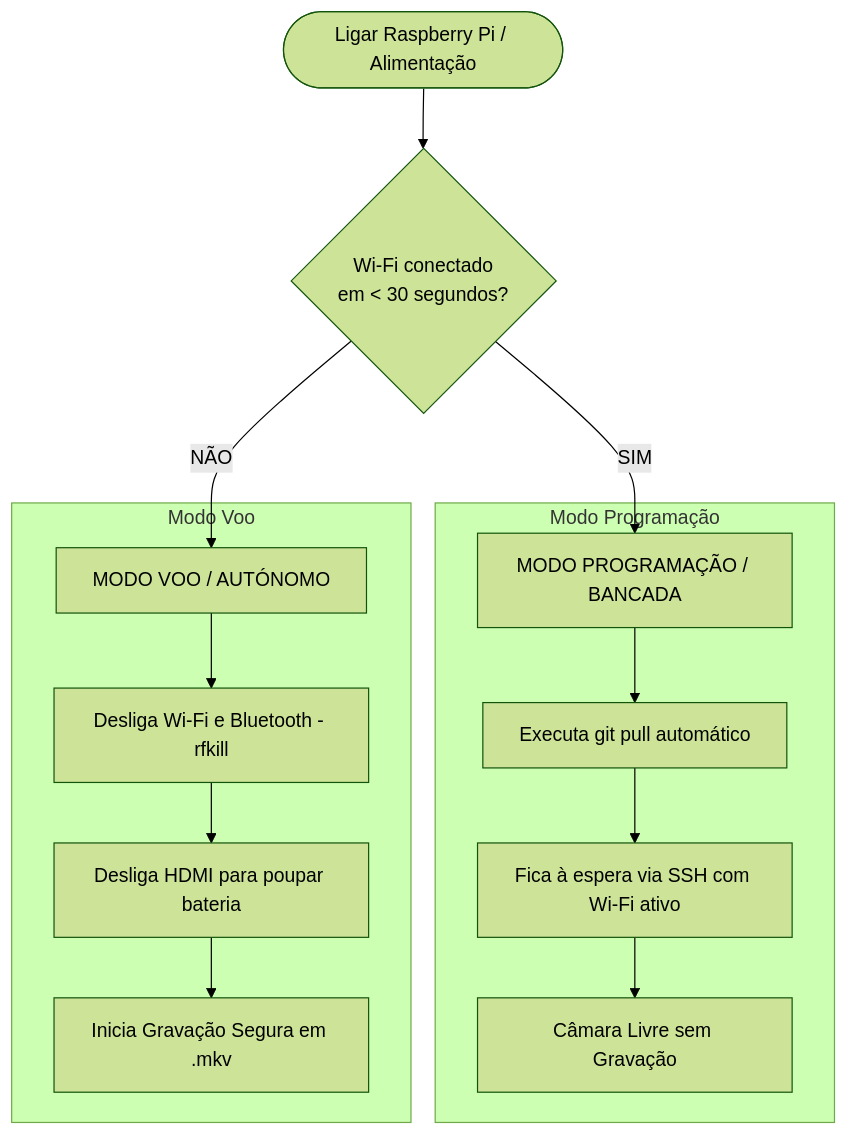
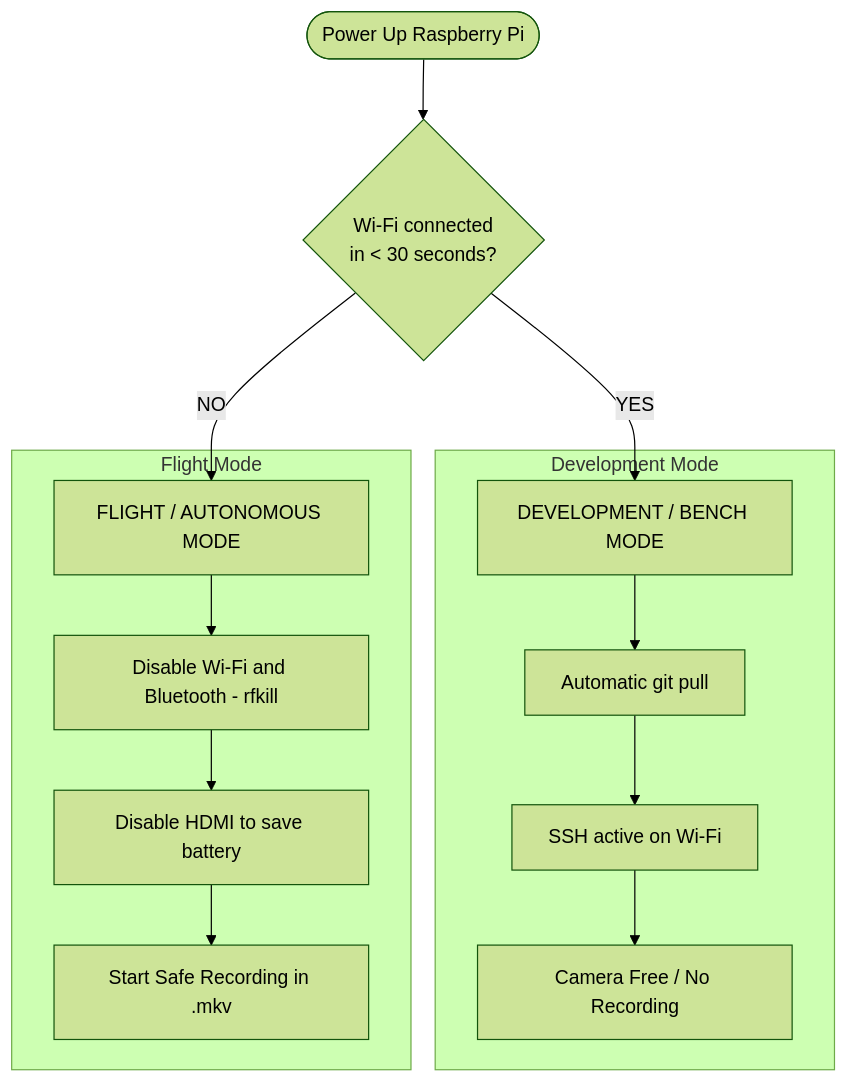
The diagram in Code/MANTA_PI/README.md (afonsonoia/MANTA), drawn with Mermaid (forest theme) before and after one commit. The commit also changed other lines of this file and 57 other files, not shown here.

First line of the commit message:
feat: flight validation with calibrated PIDs, Raspberry Pi onboard recording and restructured documentation

````diff
--- a/Code/MANTA_PI/README.md
+++ b/Code/MANTA_PI/README.md
@@ -10,18 +10,18 @@
 ```mermaid
 flowchart TD
-    Boot([Ligar Raspberry Pi / Alimentação]) --> CheckWiFi{Wi-Fi conectado\nem < 30 segundos?}
-    CheckWiFi -- SIM --> ModeDev[MODO PROGRAMAÇÃO / BANCADA]
-    CheckWiFi -- NÃO --> ModeFlight[MODO VOO / AUTÓNOMO]
+    Boot([Power Up Raspberry Pi]) --> CheckWiFi{Wi-Fi connected\nin < 30 seconds?}
+    CheckWiFi -- YES --> ModeDev[DEVELOPMENT / BENCH MODE]
+    CheckWiFi -- NO --> ModeFlight[FLIGHT / AUTONOMOUS MODE]
 
-    subgraph ModeDev_Details [Modo Programação]
-        ModeDev --> Pull[Executa git pull automático]
-        Pull --> Ready[Fica à espera via SSH com Wi-Fi ativo]
-        Ready --> NoRecord[Câmara Livre sem Gravação]
+    subgraph ModeDev_Details [Development Mode]
+        ModeDev --> Pull[Automatic git pull]
+        Pull --> Ready[SSH active on Wi-Fi]
+        Ready --> NoRecord[Camera Free / No Recording]
     end
 
-    subgraph ModeFlight_Details [Modo Voo]
-        ModeFlight --> KillRF[Desliga Wi-Fi e Bluetooth - rfkill]
-        KillRF --> KillHDMI[Desliga HDMI para poupar bateria]
-        KillHDMI --> AutoRecord[Inicia Gravação Segura em .mkv]
+    subgraph ModeFlight_Details [Flight Mode]
+        ModeFlight --> KillRF[Disable Wi-Fi and Bluetooth - rfkill]
+        KillRF --> KillHDMI[Disable HDMI to save battery]
+        KillHDMI --> AutoRecord[Start Safe Recording in .mkv]
     end
 ```
````
